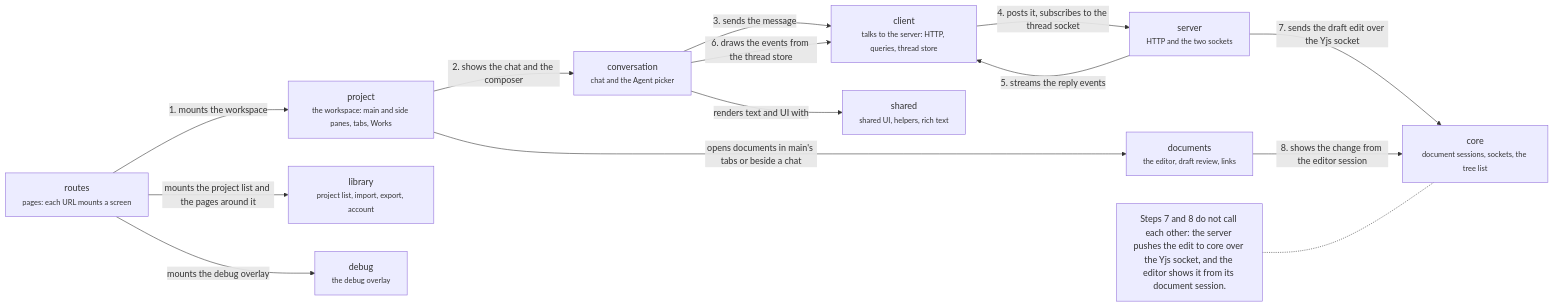
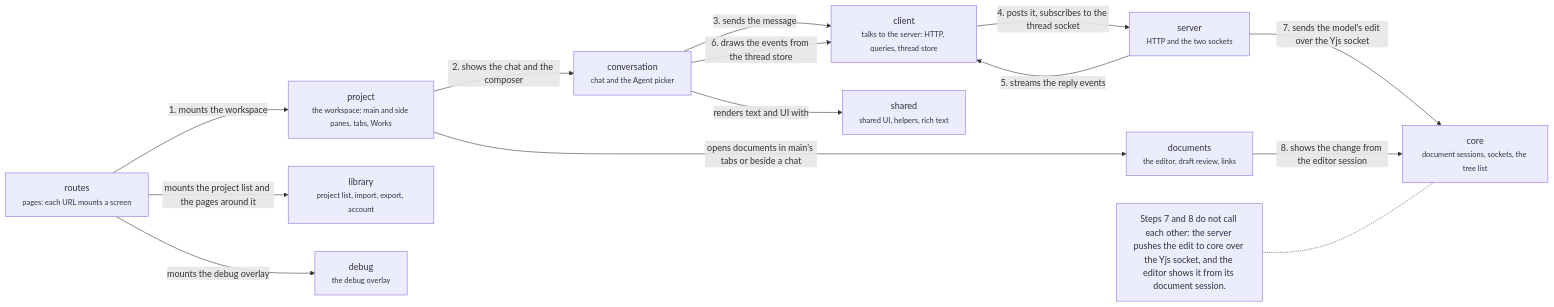
One commit to haowjy/meridian-flow changed the diagram in .context/system-architecture/app.md. Above: the diagram before and after it, drawn with Mermaid. The commit also changed 75 other files, not shown here.

````diff
--- a/.context/system-architecture/app.md
+++ b/.context/system-architecture/app.md
@@ -10,27 +10,27 @@
 ```mermaid
 flowchart LR
   routes["routes<br/><small>pages: each URL mounts a screen</small>"]:::module
   project["project<br/><small>the workspace: main and side panes, tabs, Works</small>"]:::feature
   conversation["conversation<br/><small>chat and the Agent picker</small>"]:::group
   documents["documents<br/><small>the editor, draft review, links</small>"]:::group
   library["library<br/><small>project list, import, export, account</small>"]:::group
   debug["debug<br/><small>the debug overlay</small>"]:::feature
   client["client<br/><small>talks to the server: HTTP, queries, thread store</small>"]:::module
   core["core<br/><small>document sessions, sockets, the tree list</small>"]:::group
   shared["shared<br/><small>shared UI, helpers, rich text</small>"]:::group
   server["server<br/><small>HTTP and the two sockets</small>"]:::context
   routes -->|"1. mounts the workspace"| project
   project -->|"2. shows the chat and the composer"| conversation
   conversation -->|"3. sends the message"| client
   client -->|"4. posts it, subscribes to the thread socket"| server
   server -->|"5. streams the reply events"| client
   conversation -->|"6. draws the events from the thread store"| client
-  server -->|"7. sends the draft edit over the Yjs socket"| core
+  server -->|"7. sends the model's edit over the Yjs socket"| core
   documents -->|"8. shows the change from the editor session"| core
   project -->|"opens documents in main's tabs or beside a chat"| documents
   routes -->|"mounts the project list and the pages around it"| library
   conversation -->|"renders text and UI with"| shared
   routes -->|"mounts the debug overlay"| debug
   note1["Steps 7 and 8 do not call each other: the server pushes the edit to core over the Yjs socket, and the editor shows it from its document session."]:::note
   note1 -.- core
 ```
````
